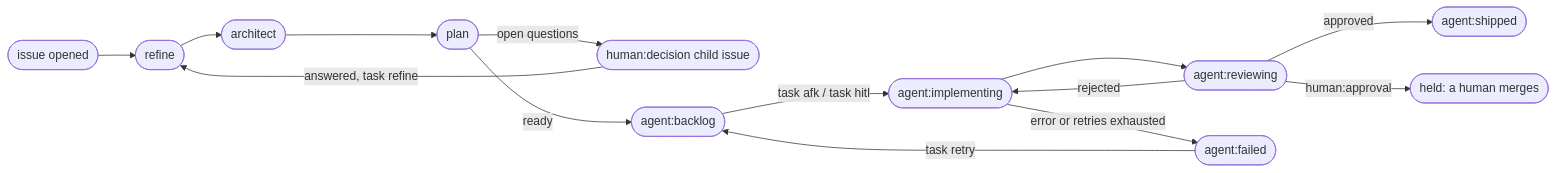
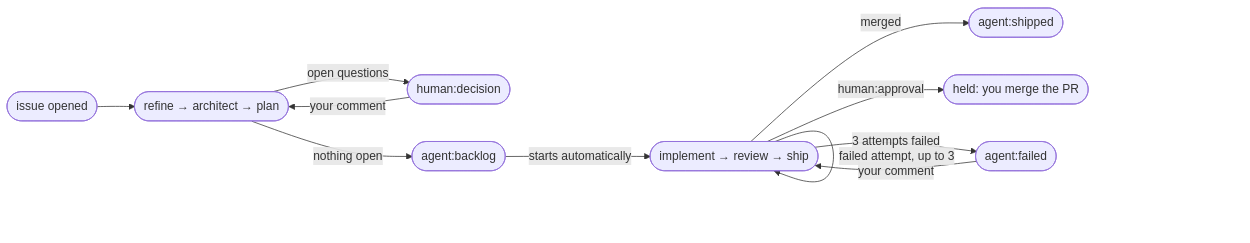
The diagram in README.md (architecture-that-works/agentic-sdlc), drawn with Mermaid before and after one commit. The commit also changed other lines of this file and 29 other files, not shown here.

First line of the commit message:
feat(pipeline): the issue is the interface — auto-implement, in-issue decisions, retry budget (#210)

````diff
--- a/README.md
+++ b/README.md
@@ -55,14 +59,13 @@
 ```mermaid
 flowchart LR
-    N([issue opened]) --> R([refine]) --> AR([architect]) --> P([plan])
-    P -- open questions --> Q([human:decision child issue])
-    Q -- answered, task refine --> R
-    P -- ready --> B([agent:backlog])
-    B -- task afk / task hitl --> I([agent:implementing])
-    I --> V([agent:reviewing])
-    V -- rejected --> I
-    V -- approved --> S([agent:shipped])
-    V -- human:approval --> H([held: a human merges])
-    I -- error or retries exhausted --> F([agent:failed])
-    F -- task retry --> B
+    N([issue opened]) --> R([refine → architect → plan])
+    R -- open questions --> D([human:decision])
+    D -- your comment --> R
+    R -- nothing open --> B([agent:backlog])
+    B -- starts automatically --> I([implement → review → ship])
+    I -- failed attempt, up to 3 --> I
+    I -- merged --> S([agent:shipped])
+    I -- human:approval --> H([held: you merge the PR])
+    I -- 3 attempts failed --> F([agent:failed])
+    F -- your comment --> I
 ```
````
